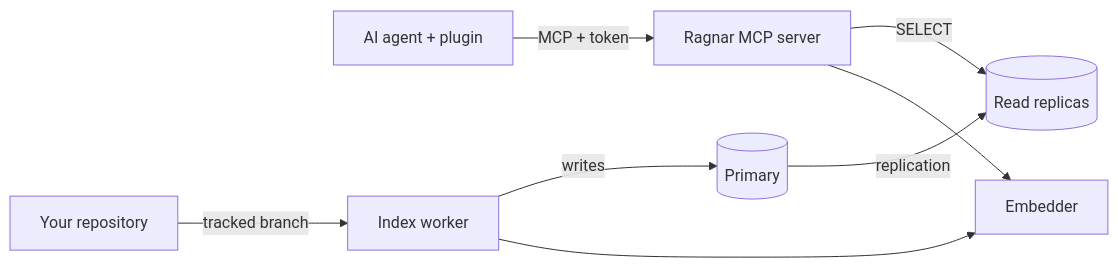
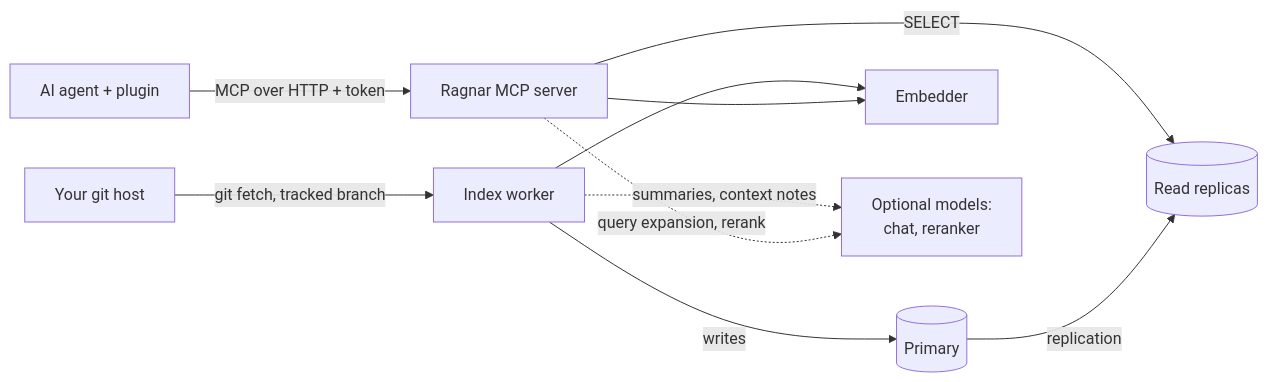
The diagram in README.md (pedrojr/ragnar), drawn with Mermaid before and after one commit. The commit also changed other lines of this file and 20 other files, not shown here.

First line of the commit message:
docs: align the docs with the code, the graph and the example

````diff
--- a/README.md
+++ b/README.md
@@ -21,10 +21,12 @@
 ```mermaid
 flowchart LR
-    agent[AI agent + plugin] -- "MCP + token" --> mcp[Ragnar MCP server]
+    agent[AI agent + plugin] -- "MCP over HTTP + token" --> mcp[Ragnar MCP server]
     mcp -- SELECT --> replicas[(Read replicas)]
     primary[(Primary)] -- replication --> replicas
-    worker[Index worker] -- writes --> primary
-    repo[Your repository] -- "tracked branch" --> worker
+    repo[Your git host] -- "git fetch, tracked branch" --> worker[Index worker]
+    worker -- writes --> primary
     worker --> embed[Embedder]
     mcp --> embed
+    worker -. "summaries, context notes" .-> models[Optional models:<br/>chat, reranker]
+    mcp -. "query expansion, rerank" .-> models
 ```
````
